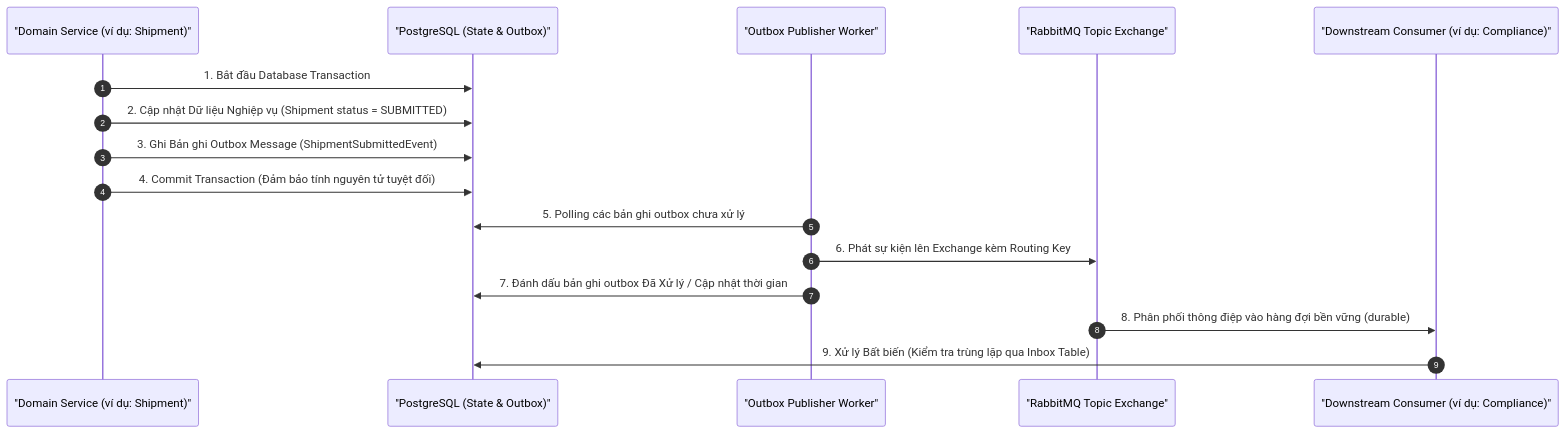
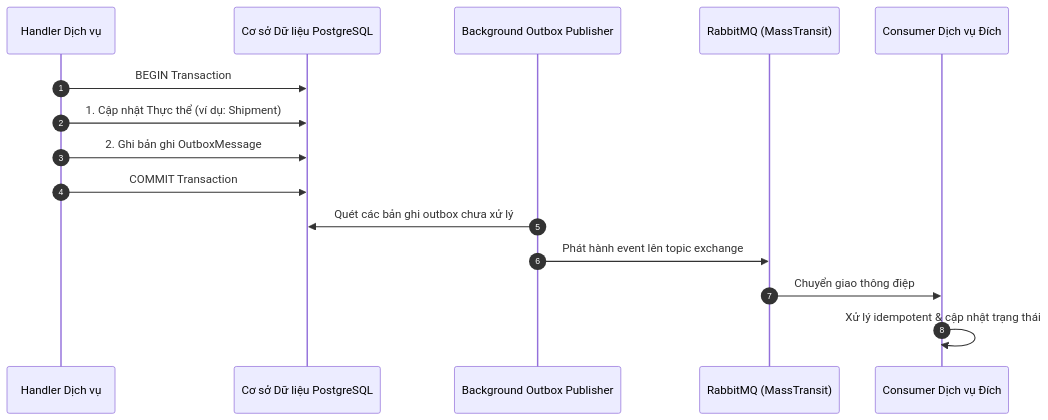
Before and after one commit to Logistics-Agent/aurora-server: the second of 2 diagrams in README.vi.md, drawn with Mermaid. The commit also changed other lines of this file and 44 other files, not shown here.

````diff
--- a/README.vi.md
+++ b/README.vi.md
@@ -306,19 +164,18 @@
 ```mermaid
 sequenceDiagram
     autonumber
-    participant Service as "Domain Service (ví dụ: Shipment)"
-    participant DB as "PostgreSQL (State & Outbox)"
-    participant Publisher as "Outbox Publisher Worker"
-    participant Broker as "RabbitMQ Topic Exchange"
-    participant Consumer as "Downstream Consumer (ví dụ: Compliance)"
+    participant Service as Handler Dịch vụ
+    participant DB as Cơ sở Dữ liệu PostgreSQL
+    participant Outbox as Background Outbox Publisher
+    participant Bus as RabbitMQ (MassTransit)
+    participant Consumer as Consumer Dịch vụ Đích
 
-    Service->>DB: 1. Bắt đầu Database Transaction
-    Service->>DB: 2. Cập nhật Dữ liệu Nghiệp vụ (Shipment status = SUBMITTED)
-    Service->>DB: 3. Ghi Bản ghi Outbox Message (ShipmentSubmittedEvent)
-    Service->>DB: 4. Commit Transaction (Đảm bảo tính nguyên tử tuyệt đối)
-    Publisher->>DB: 5. Polling các bản ghi outbox chưa xử lý
-    Publisher->>Broker: 6. Phát sự kiện lên Exchange kèm Routing Key
-    Publisher->>DB: 7. Đánh dấu bản ghi outbox Đã Xử lý / Cập nhật thời gian
-    Broker->>Consumer: 8. Phân phối thông điệp vào hàng đợi bền vững (durable)
-    Consumer->>DB: 9. Xử lý Bất biến (Kiểm tra trùng lặp qua Inbox Table)
+    Service->>DB: BEGIN Transaction
+    Service->>DB: 1. Cập nhật Thực thể (ví dụ: Shipment)
+    Service->>DB: 2. Ghi bản ghi OutboxMessage
+    Service->>DB: COMMIT Transaction
+    Outbox->>DB: Quét các bản ghi outbox chưa xử lý
+    Outbox->>Bus: Phát hành event lên topic exchange
+    Bus->>Consumer: Chuyển giao thông điệp
+    Consumer->>Consumer: Xử lý idempotent & cập nhật trạng thái
 ```
````
